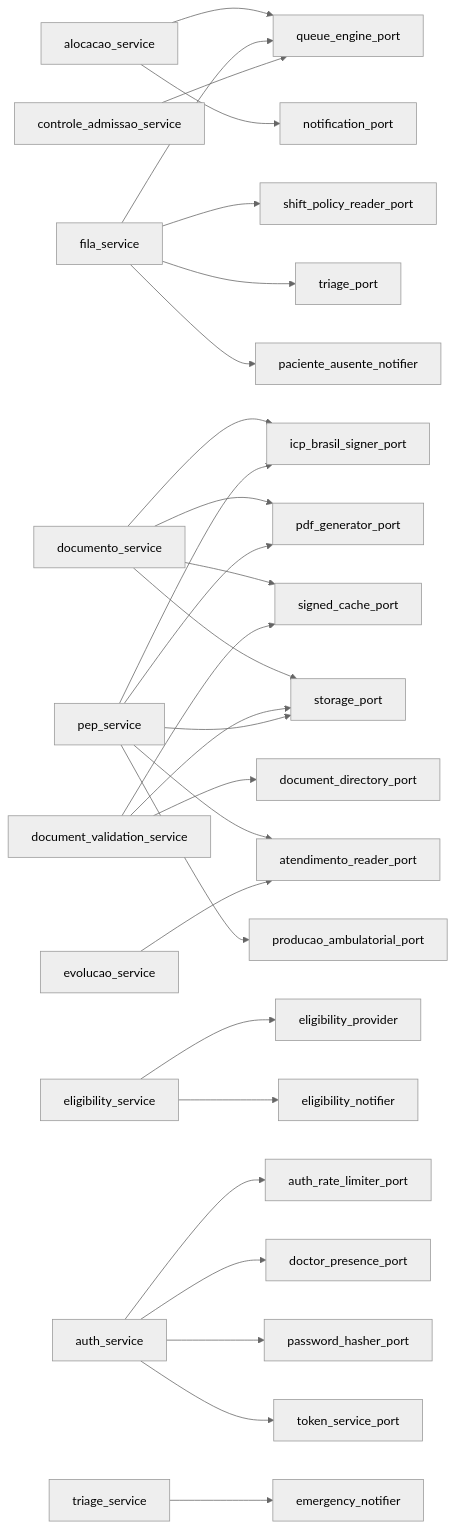
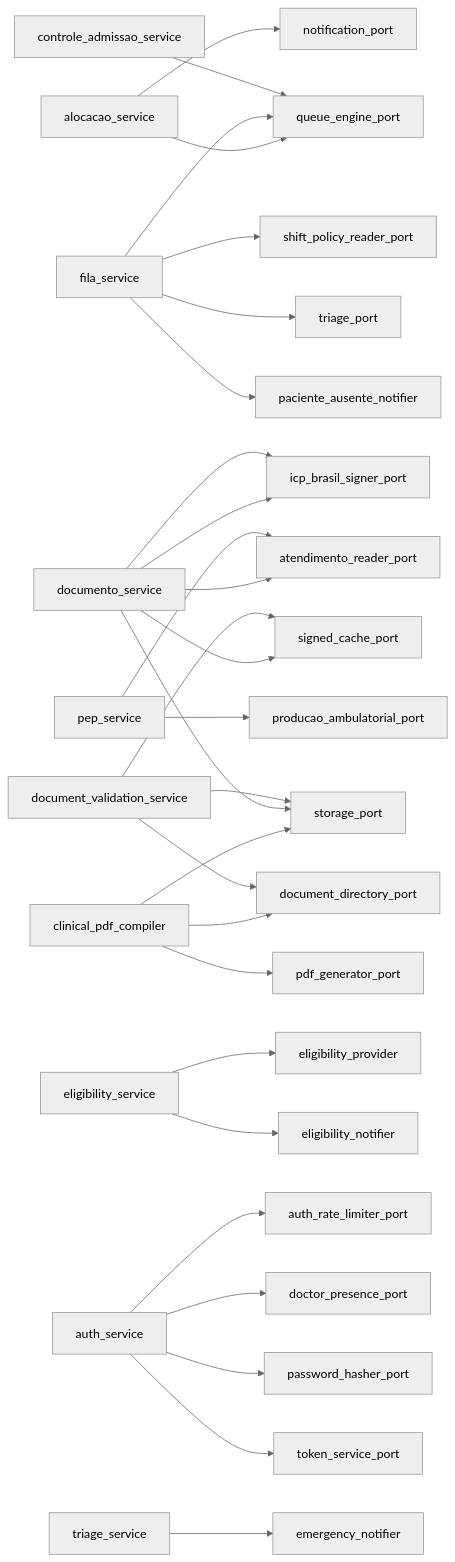
The diagram in docs/explanation/concepts/inter-module-protocols.md (Rafaelp122/medisync), drawn with Mermaid (neutral theme) before and after one commit. The commit also changed other lines of this file and 54 other files, not shown here.

First line of the commit message:
fix(consultation): fechar IDOR PDF, ativar trava 180s RN09, validacao >24h e commit unico PEP

````diff
--- a/docs/explanation/concepts/inter-module-protocols.md
+++ b/docs/explanation/concepts/inter-module-protocols.md
@@ -125,30 +125,30 @@
 ```mermaid
 flowchart LR
     alocacao_service --> queue_engine_port
     alocacao_service --> notification_port
     fila_service --> queue_engine_port
     fila_service --> shift_policy_reader_port
     fila_service --> triage_port
     fila_service --> paciente_ausente_notifier
     controle_admissao_service --> queue_engine_port
     documento_service --> icp_brasil_signer_port
-    documento_service --> pdf_generator_port
+    clinical_pdf_compiler --> document_directory_port
+    clinical_pdf_compiler --> pdf_generator_port
+    clinical_pdf_compiler --> storage_port
+    documento_service --> atendimento_reader_port
+    documento_service --> icp_brasil_signer_port
     documento_service --> signed_cache_port
     documento_service --> storage_port
     document_validation_service --> document_directory_port
     document_validation_service --> signed_cache_port
     document_validation_service --> storage_port
     pep_service --> atendimento_reader_port
-    pep_service --> icp_brasil_signer_port
-    pep_service --> pdf_generator_port
     pep_service --> producao_ambulatorial_port
-    pep_service --> storage_port
-    evolucao_service --> atendimento_reader_port
     eligibility_service --> eligibility_provider
     eligibility_service --> eligibility_notifier
     auth_service --> auth_rate_limiter_port
     auth_service --> doctor_presence_port
     auth_service --> password_hasher_port
     auth_service --> token_service_port
     triage_service --> emergency_notifier
 ```
````
